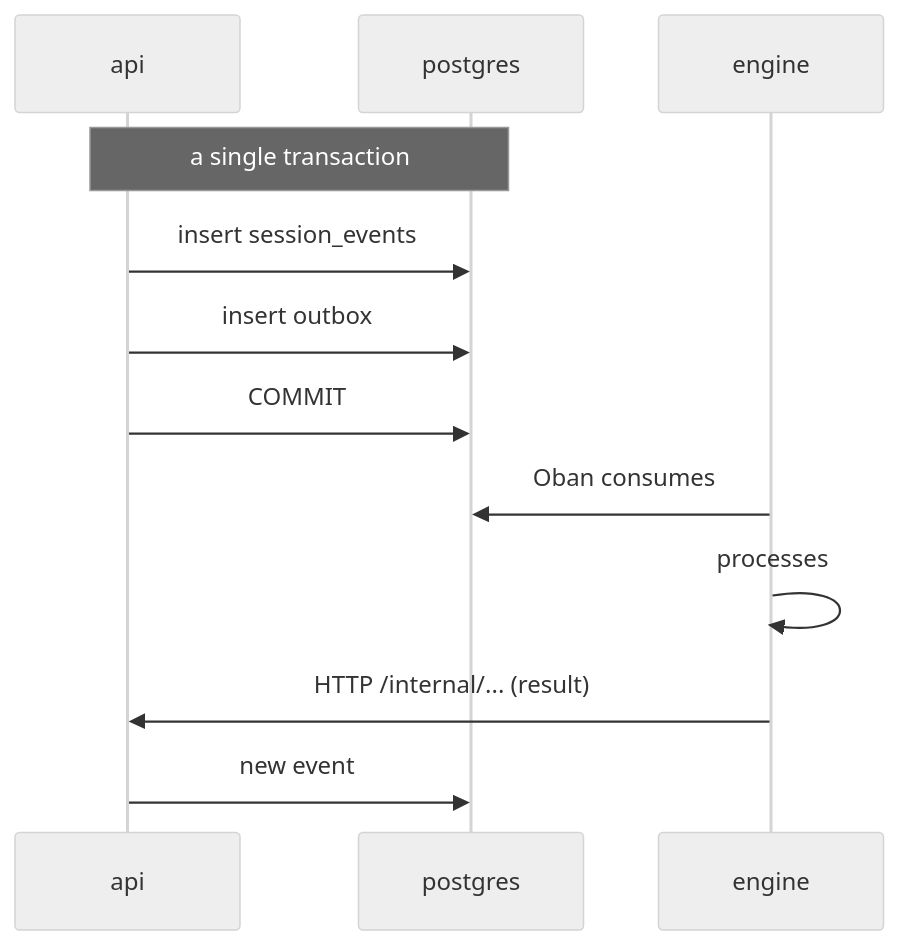
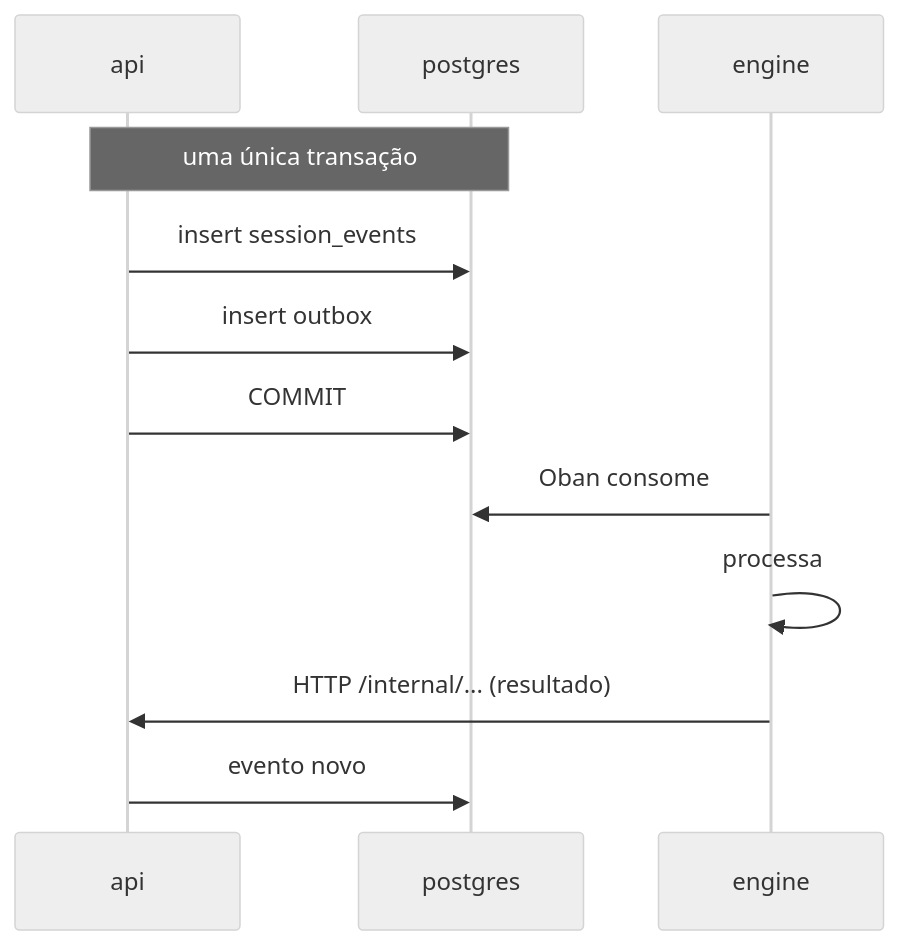
One commit to daneiel/brabo changed the diagram in docs/reference/internal-api.md. Above: the diagram before and after it, drawn with Mermaid (neutral theme). The commit also changed other lines of this file, not shown here.

````diff
--- a/docs/reference/internal-api.md
+++ b/docs/reference/internal-api.md
@@ -1690,16 +1691,16 @@
 ```mermaid
 sequenceDiagram
   participant A as api
   participant P as postgres
   participant E as engine
 
-  Note over A,P: a single transaction
+  Note over A,P: uma única transação
   A->>P: insert session_events
   A->>P: insert outbox
   A->>P: COMMIT
 
-  E->>P: Oban consumes
-  E->>E: processes
-  E->>A: HTTP /internal/... (result)
-  A->>P: new event
+  E->>P: Oban consome
+  E->>E: processa
+  E->>A: HTTP /internal/... (resultado)
+  A->>P: evento novo
 ```
````
